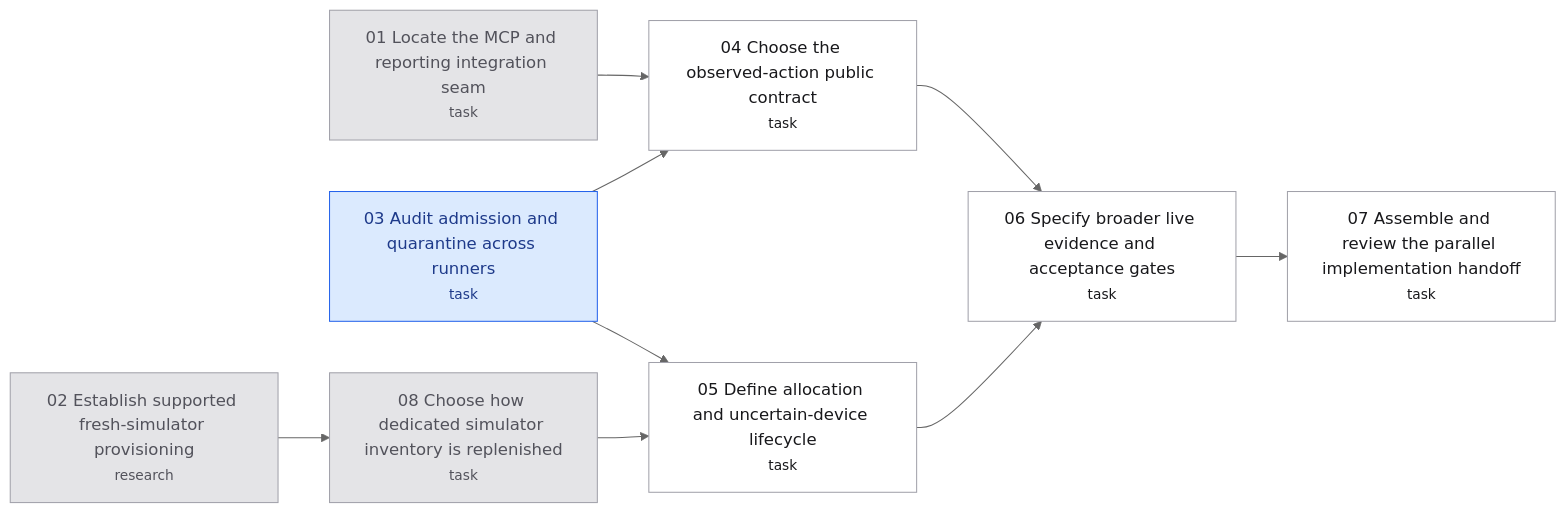
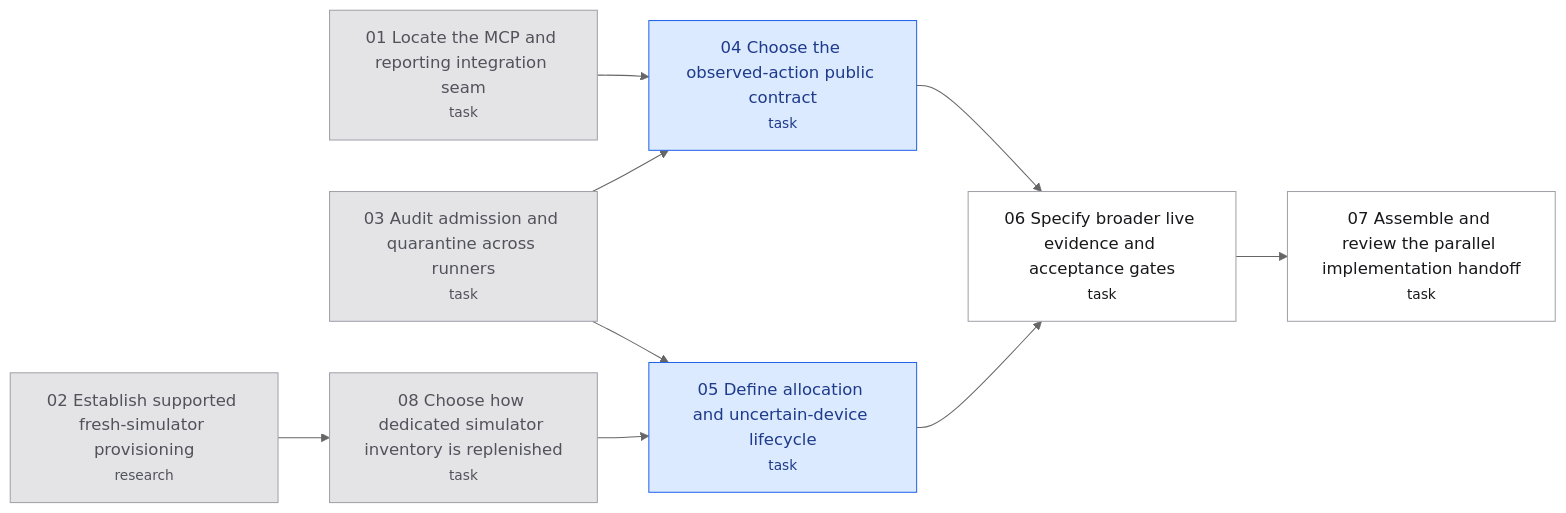
Before and after one commit to hugues-vnsgn/jev-ios-bridge: the diagram in .scratch/observed-integration/map.md, drawn with Mermaid (neutral theme). The commit also changed other lines of this file and 4 other files, not shown here.

````diff
--- a/.scratch/observed-integration/map.md
+++ b/.scratch/observed-integration/map.md
@@ -36,26 +38,26 @@
 ```mermaid
 flowchart LR
     T01["01 Locate the MCP and reporting integration seam<br/><small>task</small>"]
     T02["02 Establish supported fresh-simulator provisioning<br/><small>research</small>"]
     T03["03 Audit admission and quarantine across runners<br/><small>task</small>"]
     T04["04 Choose the observed-action public contract<br/><small>task</small>"]
     T05["05 Define allocation and uncertain-device lifecycle<br/><small>task</small>"]
     T06["06 Specify broader live evidence and acceptance gates<br/><small>task</small>"]
     T07["07 Assemble and review the parallel implementation handoff<br/><small>task</small>"]
     T08["08 Choose how dedicated simulator inventory is replenished<br/><small>task</small>"]
     T01 --> T04
     T03 --> T04
     T03 --> T05
     T08 --> T05
     T04 --> T06
     T05 --> T06
     T06 --> T07
     T02 --> T08
     classDef resolved fill:#e4e4e7,stroke:#a1a1aa,color:#52525b
     classDef claimed fill:#dbeafe,stroke:#2563eb,color:#1e3a8a
     classDef frontier fill:#dcfce7,stroke:#16a34a,color:#14532d,stroke-width:2px
     classDef blocked fill:#ffffff,stroke:#a1a1aa,color:#18181b
-    class T01,T02,T08 resolved
-    class T03 claimed
-    class T04,T05,T06,T07 blocked
+    class T01,T02,T03,T08 resolved
+    class T04,T05 claimed
+    class T06,T07 blocked
 ```
````
